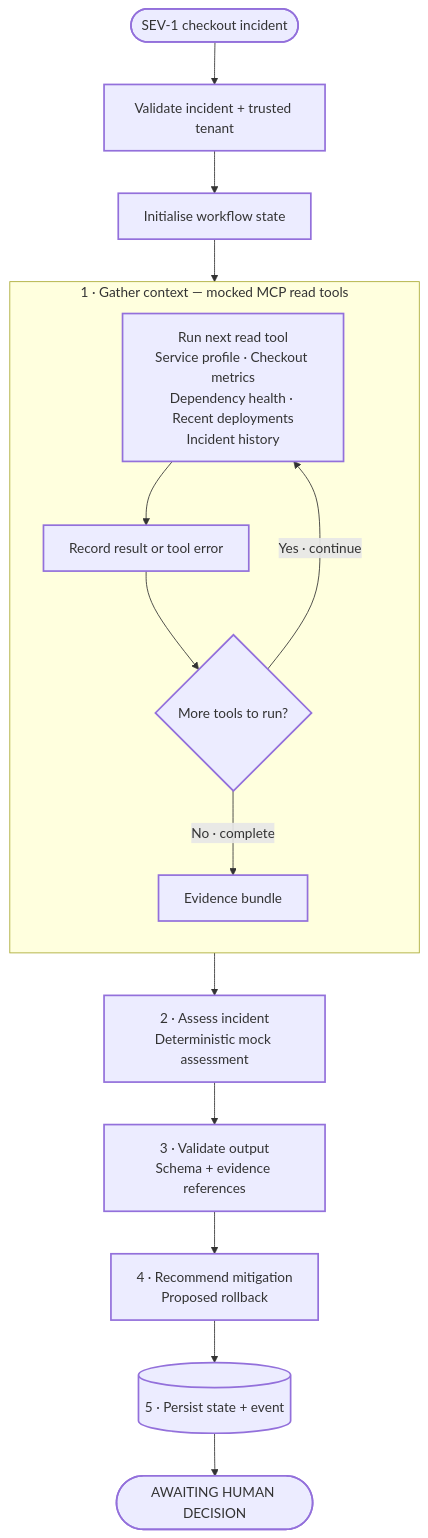
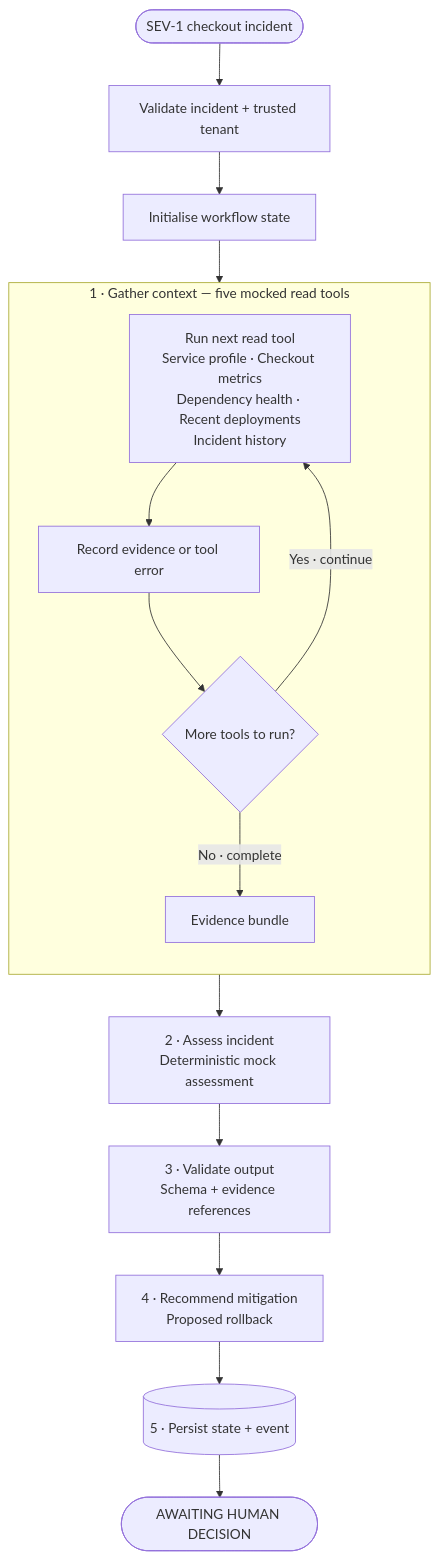
Before and after one commit to rudolfo-felix/pager-duty: the first of 2 diagrams in README.md, drawn with Mermaid. The commit also changed other lines of this file, not shown here.

````diff
--- a/README.md
+++ b/README.md
@@ -9,25 +63,22 @@
 ```mermaid
 flowchart TD
     A(["SEV-1 checkout incident"]) --> B["Validate incident + trusted tenant"]
     B --> C["Initialise workflow state"]
 
-    subgraph G["1 · Gather context — mocked MCP read tools"]
+    subgraph G["1 · Gather context — five mocked read tools"]
       direction TB
       D["Run next read tool<br/>Service profile · Checkout metrics<br/>Dependency health · Recent deployments<br/>Incident history"]
-      X["Record result or tool error"]
+      X["Record evidence or tool error"]
       R{"More tools to run?"}
       D --> X --> R
       R -- "Yes · continue" --> D
       R -- "No · complete" --> E["Evidence bundle"]
     end
 
     C --> D
     E --> F["2 · Assess incident<br/>Deterministic mock assessment"]
     F --> V["3 · Validate output<br/>Schema + evidence references"]
     V --> H["4 · Recommend mitigation<br/>Proposed rollback"]
     H --> P[("5 · Persist state + event")]
     P --> W(["AWAITING HUMAN DECISION"])
-
-    classDef implemented stroke-width:2px
-    class A,B,C,D,X,R,E,F,V,H,P,W implemented
 ```
````
